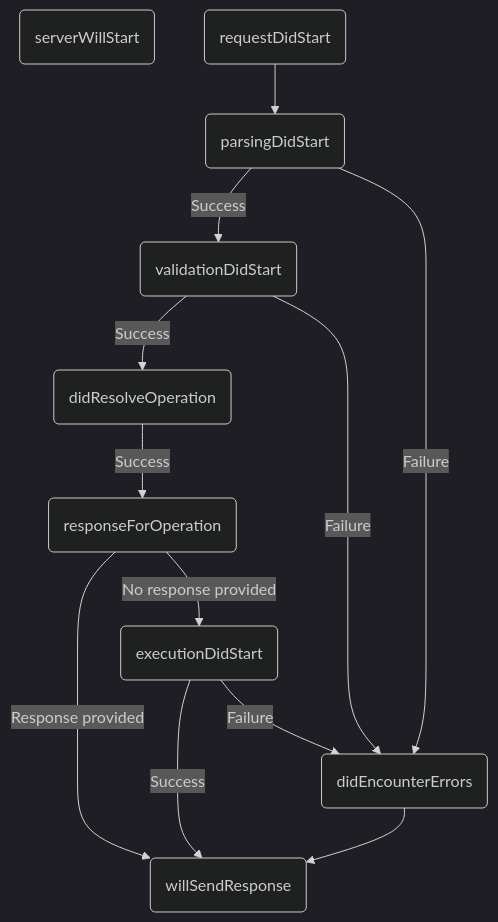
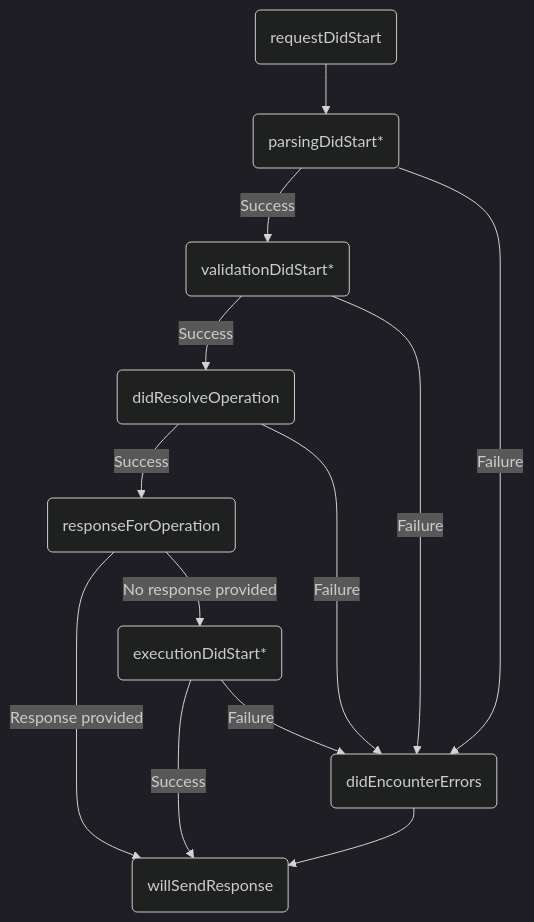
The diagram in docs/source/integrations/plugins.md (Goldfarbof/apollo-server), drawn with Mermaid (dark theme) before and after one commit. The commit also changed other lines of this file, not shown here.

Commit message:
Move the diagram up a bit

````diff
--- a/docs/source/integrations/plugins.md
+++ b/docs/source/integrations/plugins.md
@@ -223,19 +122,16 @@
 ```mermaid
 graph TB;
-  server(serverWillStart);
-  request(requestDidStart) --> parsing(parsingDidStart);
-  parsing --"Success"--> validation(validationDidStart);
+  request(requestDidStart) --> parsing(parsingDidStart*);
+  parsing --"Success"--> validation(validationDidStart*);
   validation --"Success"--> resolve(didResolveOperation);
   resolve --"Success"--> response(responseForOperation);
-  execution(executionDidStart);
+  execution(executionDidStart*);
   errors(didEncounterErrors);
   response --"Response provided"--> send;
   response --"No response provided"--> execution;
   execution --"Success"--> send(willSendResponse);
 
-  execution --"Failure"--> errors;
+  execution & resolve & parsing & validation --"Failure"--> errors;
   errors --> send;
-  parsing --"Failure"--> errors;
-  validation --"Failure"--> errors;
   class server,request secondary;
 ```
````
